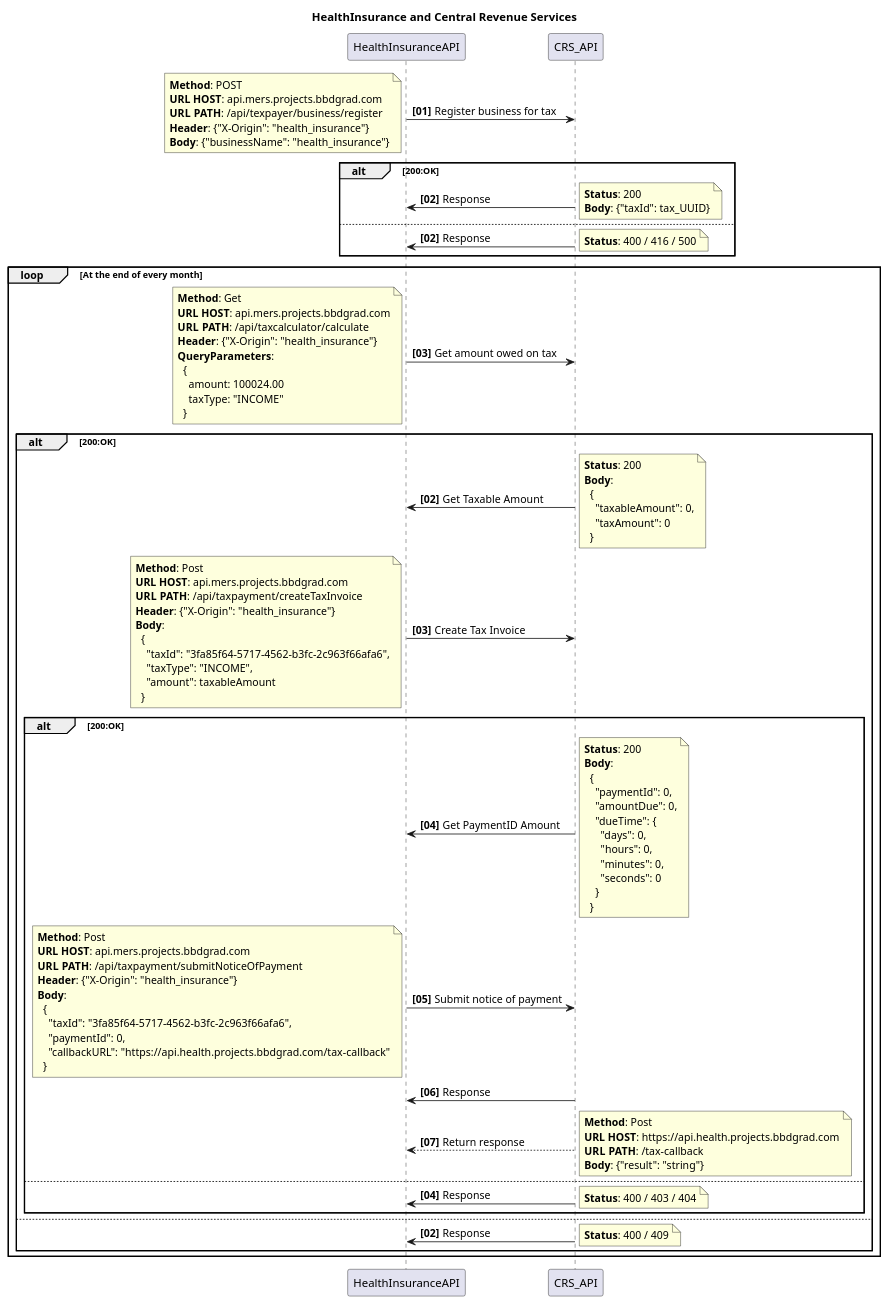
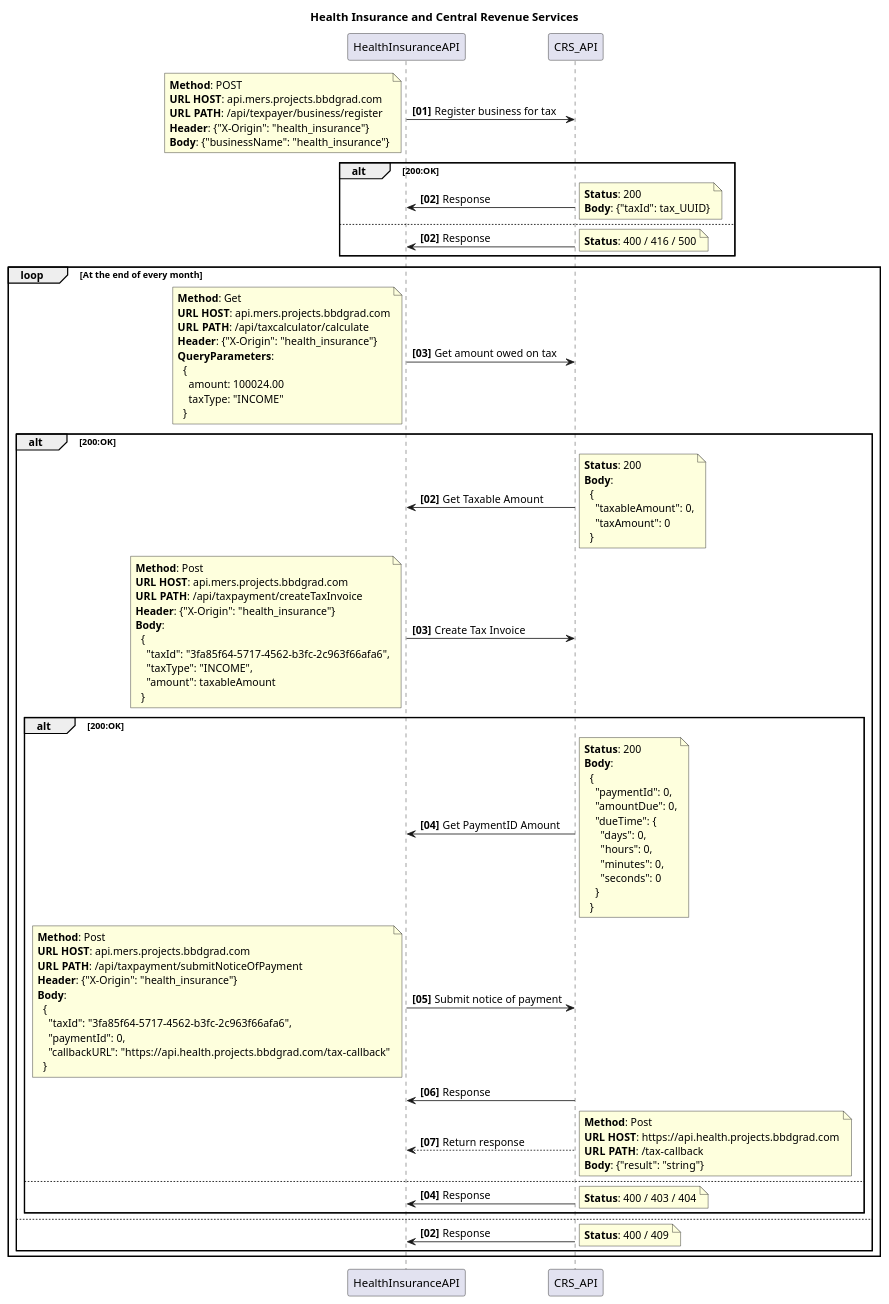
Before and after one commit to BBD-Health-Insurance/Health-Insurance: the diagram in backend/diagrams/HealthInsurance_CRS.plantuml, drawn with PlantUML. The commit also changed 3 other files, not shown here.

```diff
--- a/backend/diagrams/HealthInsurance_CRS.plantuml
+++ b/backend/diagrams/HealthInsurance_CRS.plantuml
@@ -1,135 +1,135 @@
 @startuml HealthInsurance and Central Revenue Services
 
-title HealthInsurance and Central Revenue Services
+title Health Insurance and Central Revenue Services
 
 participant HealthInsuranceAPI as hi
 participant CRS_API as crs
 
 autonumber "<b>[00]"
 
 hi -> crs: Register business for tax
 note left
   **Method**: POST
   **URL HOST**: api.mers.projects.bbdgrad.com
   **URL PATH**: /api/texpayer/business/register
   **Header**: {"X-Origin": "health_insurance"}
   **Body**: {"businessName": "health_insurance"}
 end note
 
 alt 200:OK
   autonumber 2 "<b>[00]"
   crs -> hi: Response
   note right
     **Status**: 200
     **Body**: {"taxId": tax_UUID}
   end note
 
 else 
   autonumber 2 "<b>[00]"
   crs -> hi: Response
   note right
     **Status**: 400 / 416 / 500
   end note
 end
 
 loop At the end of every month
   hi -> crs: Get amount owed on tax
   note left
     **Method**: Get
     **URL HOST**: api.mers.projects.bbdgrad.com
     **URL PATH**: /api/taxcalculator/calculate
     **Header**: {"X-Origin": "health_insurance"}
     **QueryParameters**: 
       {
         amount: 100024.00
         taxType: "INCOME"
       }
   end note
 
   alt 200:OK
     autonumber 2 "<b>[00]"
     crs -> hi: Get Taxable Amount
     note right
       **Status**: 200
       **Body**: 
         {
           "taxableAmount": 0,
           "taxAmount": 0
         }
     end note
 
     hi -> crs: Create Tax Invoice
     note left
       **Method**: Post
       **URL HOST**: api.mers.projects.bbdgrad.com
       **URL PATH**: /api/taxpayment/createTaxInvoice
       **Header**: {"X-Origin": "health_insurance"}
       **Body**: 
         {
           "taxId": "3fa85f64-5717-4562-b3fc-2c963f66afa6",
           "taxType": "INCOME",
           "amount": taxableAmount
         }
     end note
 
     alt 200:OK
       autonumber 4 "<b>[00]"
       crs -> hi: Get PaymentID Amount
       note right
         **Status**: 200
         **Body**: 
           {
             "paymentId": 0,
             "amountDue": 0,
             "dueTime": {
               "days": 0,
               "hours": 0,
               "minutes": 0,
               "seconds": 0
             }
           }
       end note
 
       hi -> crs: Submit notice of payment
       note left
       **Method**: Post
       **URL HOST**: api.mers.projects.bbdgrad.com
       **URL PATH**: /api/taxpayment/submitNoticeOfPayment
       **Header**: {"X-Origin": "health_insurance"}
       **Body**: 
         {
           "taxId": "3fa85f64-5717-4562-b3fc-2c963f66afa6",
           "paymentId": 0,
           "callbackURL": "https://api.health.projects.bbdgrad.com/tax-callback"
         }
       end note
 
     crs -> hi: Response
 
     crs --> hi: Return response
     note right
       **Method**: Post
       **URL HOST**: https://api.health.projects.bbdgrad.com
       **URL PATH**: /tax-callback
       **Body**: {"result": "string"}
     end note
 
     else 
       autonumber 4 "<b>[00]"
       crs -> hi: Response
       note right
         **Status**: 400 / 403 / 404
       end note
     end
 
   else 
     autonumber 2 "<b>[00]"
     crs -> hi: Response
     note right
       **Status**: 400 / 409
     end note
   end
 
 end
 
 @enduml
```
